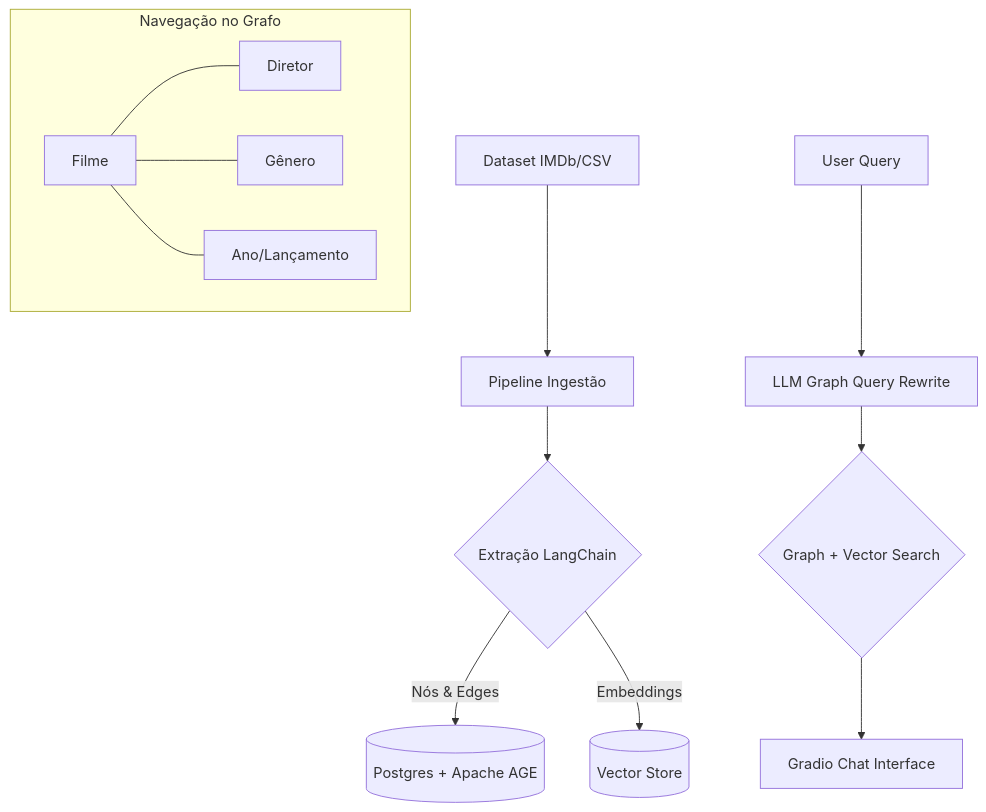
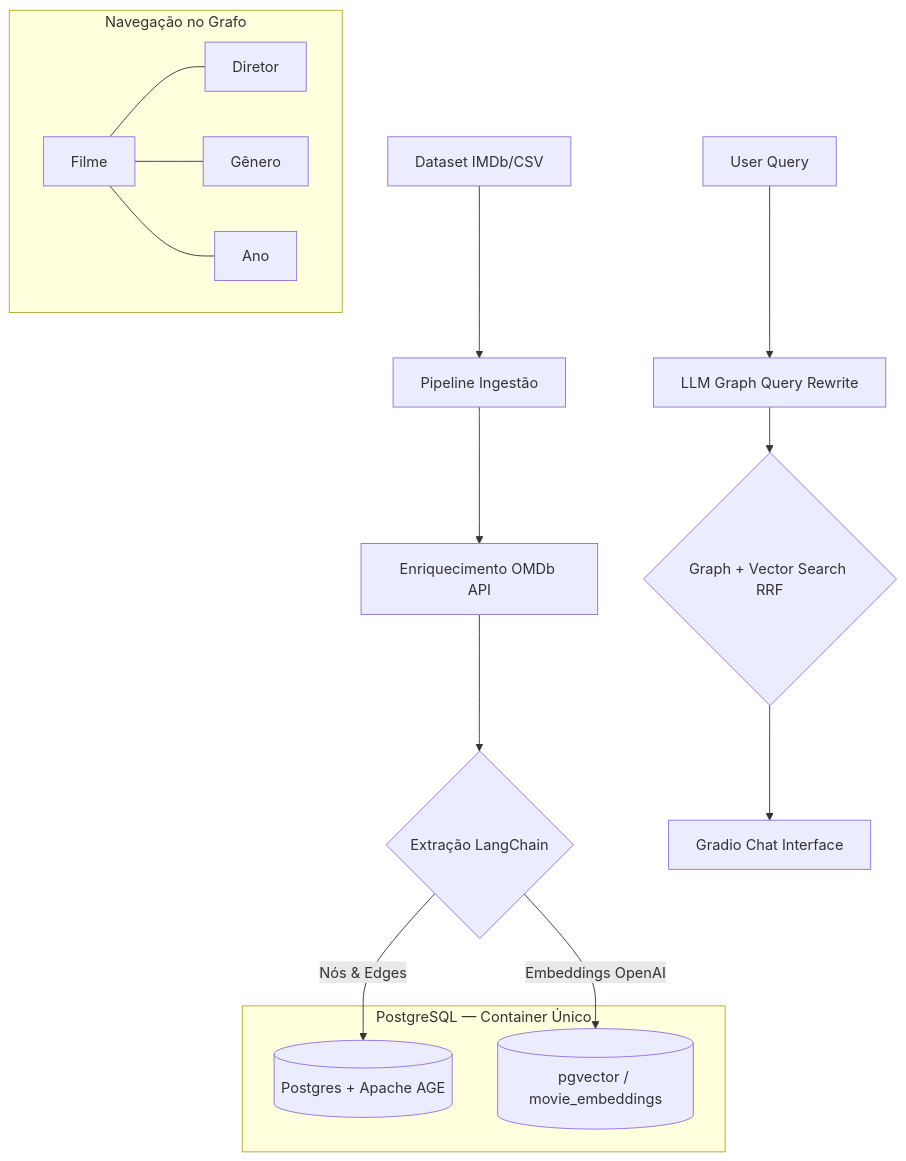
One commit to RichardMan13/ContextGraph-AI changed the diagram in README.md. Above: the diagram before and after it, drawn with Mermaid. The commit also changed other lines of this file and 8 other files, not shown here.

Commit message:
feat: implement OMDb data enrichment, containerize PostgreSQL with Apache AGE and pgvector, and add Cypher prompt templates.

````diff
--- a/README.md
+++ b/README.md
@@ -30,17 +30,23 @@
 ```mermaid
 graph TD
     A[Dataset IMDb/CSV] --> B[Pipeline Ingestão]
-    B --> C{Extração LangChain}
-    C -->|Nós & Edges| D[(Postgres + Apache AGE)]
-    C -->|Embeddings| E[(Vector Store)]
-    
+    B --> C[Enriquecimento OMDb API]
+    C --> D{Extração LangChain}
+    D -->|Nós & Edges| E[(Postgres + Apache AGE)]
+    D -->|Embeddings OpenAI| F[(pgvector / movie_embeddings)]
+
+    subgraph "PostgreSQL — Container Único"
+        E
+        F
+    end
+
     subgraph "Navegação no Grafo"
-        D1[Filme] --- D2[Diretor]
-        D1 --- D3[Gênero]
-        D1 --- D4[Ano/Lançamento]
+        G1[Filme] --- G2[Diretor]
+        G1 --- G3[Gênero]
+        G1 --- G4[Ano]
     end
-    
-    F[User Query] --> G[LLM Graph Query Rewrite]
-    G --> H{Graph + Vector Search}
-    H --> I[Gradio Chat Interface]
+
+    H[User Query] --> I[LLM Graph Query Rewrite]
+    I --> J{Graph + Vector Search RRF}
+    J --> K[Gradio Chat Interface]
 ```
````
